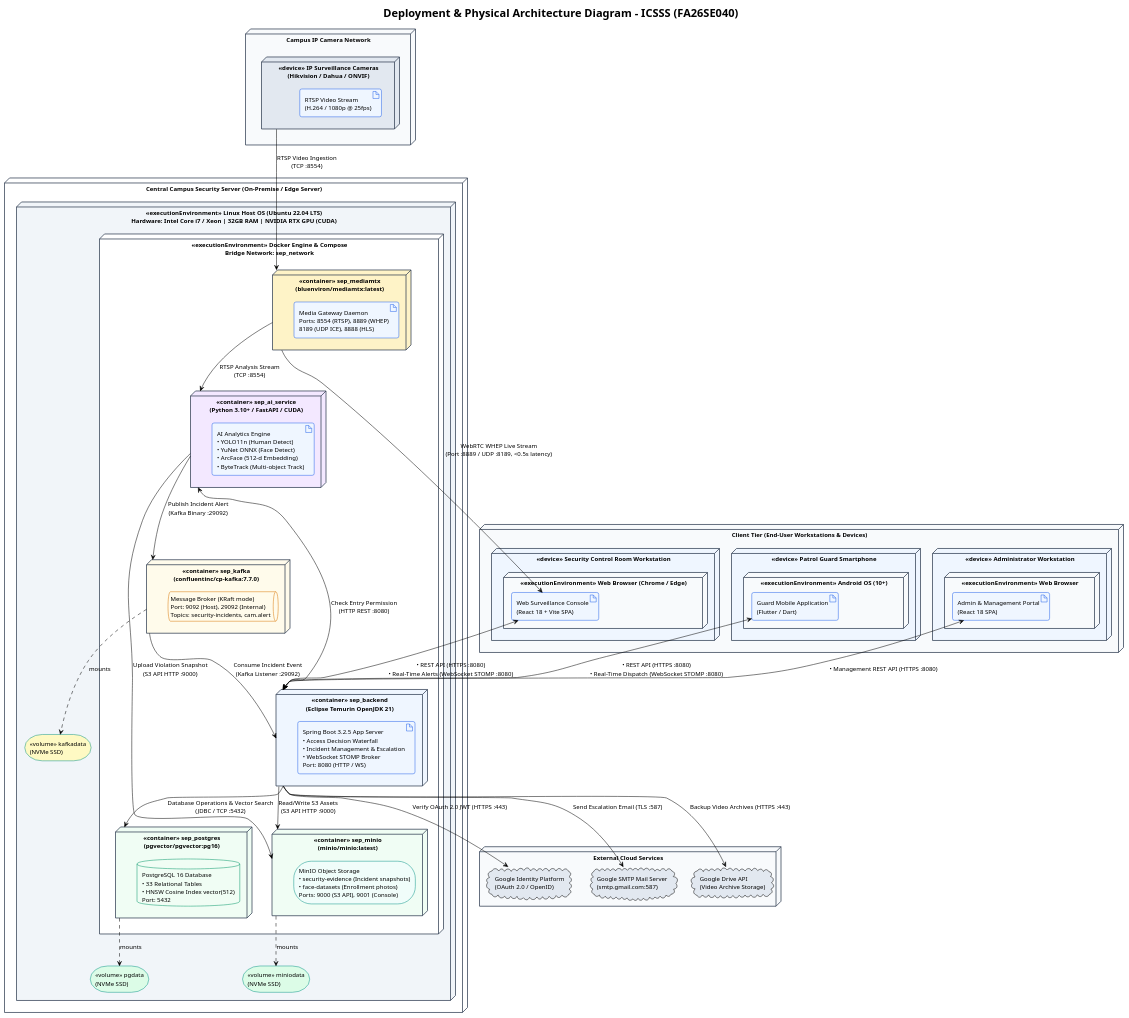
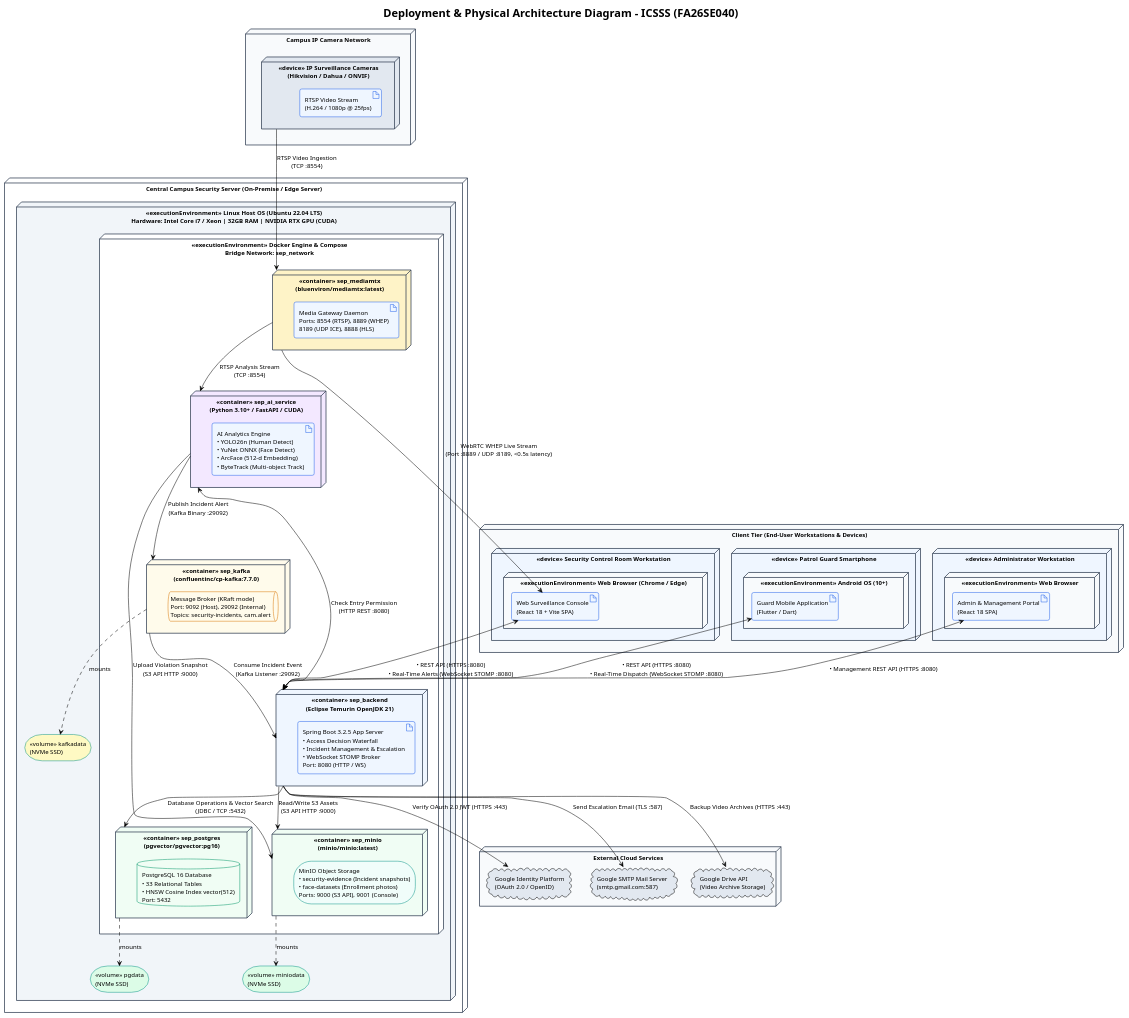
The diagram in docs/diagrams/physical-architecture.puml (AnhHao2505/AI-Based-Intelligent-Campus-Security-Surveillance-System), drawn with PlantUML before and after one commit. The commit also changed 10 other files, not shown here.

Commit message:
docs(architecture): update physical architecture, activity diagrams and container configs

```diff
--- a/docs/diagrams/physical-architecture.puml
+++ b/docs/diagrams/physical-architecture.puml
@@ -1,131 +1,131 @@
 @startuml physical_architecture
 !theme plain
 skinparam backgroundColor #FFFFFF
 skinparam defaultFontName Arial
 skinparam defaultFontSize 12
 skinparam roundCorner 8
 skinparam shadowing false
 skinparam packageStyle rectangle
 
 skinparam node {
     BorderColor #334155
     BackgroundColor #F8FAFC
     BorderThickness 1.5
 }
 
 skinparam artifact {
     BorderColor #2563EB
     BackgroundColor #EFF6FF
 }
 
 skinparam queue {
     BorderColor #D97706
     BackgroundColor #FFFBEB
 }
 
 skinparam database {
     BorderColor #059669
     BackgroundColor #F0FDF4
 }
 
 skinparam storage {
     BorderColor #0D9488
     BackgroundColor #F0FDFA
 }
 
 title Deployment & Physical Architecture Diagram - ICSSS (FA26SE040)
 
 node "Campus IP Camera Network" as CamNet #F8FAFC {
     node "<<device>> IP Surveillance Cameras\n(Hikvision / Dahua / ONVIF)" as IP_Cam #E2E8F0 {
         artifact "RTSP Video Stream\n(H.264 / 1080p @ 25fps)" as StreamArtifact
     }
 }
 
 node "Client Tier (End-User Workstations & Devices)" as ClientTier #F8FAFC {
     node "<<device>> Security Control Room Workstation" as GuardPC #EFF6FF {
         node "<<executionEnvironment>> Web Browser (Chrome / Edge)" as Browser {
             artifact "Web Surveillance Console\n(React 18 + Vite SPA)" as WebApp
         }
     }
     
     node "<<device>> Patrol Guard Smartphone" as MobileDev #EFF6FF {
         node "<<executionEnvironment>> Android OS (10+)" as AndroidEnv {
             artifact "Guard Mobile Application\n(Flutter / Dart)" as MobileApp
         }
     }
     
     node "<<device>> Administrator Workstation" as AdminPC #EFF6FF {
         node "<<executionEnvironment>> Web Browser" as AdminBrowser {
             artifact "Admin & Management Portal\n(React 18 SPA)" as AdminApp
         }
     }
 }
 
 node "Central Campus Security Server (On-Premise / Edge Server)" as ServerNode #FFFFFF {
     node "<<executionEnvironment>> Linux Host OS (Ubuntu 22.04 LTS)\nHardware: Intel Core i7 / Xeon | 32GB RAM | NVIDIA RTX GPU (CUDA)" as HostOS #F1F5F9 {
         
         node "<<executionEnvironment>> Docker Engine & Compose\nBridge Network: sep_network" as DockerHost #FFFFFF {
             
             node "<<container>> sep_mediamtx\n(bluenviron/mediamtx:latest)" as c_mediamtx #FEF3C7 {
                 artifact "Media Gateway Daemon\nPorts: 8554 (RTSP), 8889 (WHEP)\n8189 (UDP ICE), 8888 (HLS)" as a_mediamtx
             }
             
             node "<<container>> sep_ai_service\n(Python 3.10+ / FastAPI / CUDA)" as c_ai #F3E8FF {
-                artifact "AI Analytics Engine\n• YOLO11n (Human Detect)\n• YuNet ONNX (Face Detect)\n• ArcFace (512-d Embedding)\n• ByteTrack (Multi-object Track)" as a_ai
+                artifact "AI Analytics Engine\n• YOLO26n (Human Detect)\n• YuNet ONNX (Face Detect)\n• ArcFace (512-d Embedding)\n• ByteTrack (Multi-object Track)" as a_ai
             }
             
             node "<<container>> sep_kafka\n(confluentinc/cp-kafka:7.7.0)" as c_kafka #FFFBEB {
                 queue "Message Broker (KRaft mode)\nPort: 9092 (Host), 29092 (Internal)\nTopics: security-incidents, cam.alert" as a_kafka
             }
             
             node "<<container>> sep_backend\n(Eclipse Temurin OpenJDK 21)" as c_backend #EFF6FF {
                 artifact "Spring Boot 3.2.5 App Server\n• Access Decision Waterfall\n• Incident Management & Escalation\n• WebSocket STOMP Broker\nPort: 8080 (HTTP / WS)" as a_backend
             }
             
             node "<<container>> sep_postgres\n(pgvector/pgvector:pg16)" as c_db #F0FDF4 {
                 database "PostgreSQL 16 Database\n• 33 Relational Tables\n• HNSW Cosine Index vector(512)\nPort: 5432" as a_db
             }
             
             node "<<container>> sep_minio\n(minio/minio:latest)" as c_minio #F0FDF4 {
                 storage "MinIO Object Storage\n• security-evidence (Incident snapshots)\n• face-datasets (Enrollment photos)\nPorts: 9000 (S3 API), 9001 (Console)" as a_minio
             }
         }
         
         storage "<<volume>> pgdata\n(NVMe SSD)" as vol_db #DCFCE7
         storage "<<volume>> miniodata\n(NVMe SSD)" as vol_minio #DCFCE7
         storage "<<volume>> kafkadata\n(NVMe SSD)" as vol_kafka #FEF9C3
         
         c_db ..> vol_db : mounts
         c_minio ..> vol_minio : mounts
         c_kafka ..> vol_kafka : mounts
     }
 }
 
 node "External Cloud Services" as CloudServices #F8FAFC {
     cloud "Google Identity Platform\n(OAuth 2.0 / OpenID)" as cloud_google #E2E8F0
     cloud "Google SMTP Mail Server\n(smtp.gmail.com:587)" as cloud_smtp #E2E8F0
     cloud "Google Drive API\n(Video Archive Storage)" as cloud_gdrive #E2E8F0
 }
 
 ' Connections
 IP_Cam --> c_mediamtx : "RTSP Video Ingestion\n(TCP :8554)"
 c_mediamtx --> c_ai : "RTSP Analysis Stream\n(TCP :8554)"
 c_mediamtx --> WebApp : "WebRTC WHEP Live Stream\n(Port :8889 / UDP :8189, <0.5s latency)"
 
 c_ai --> c_minio : "Upload Violation Snapshot\n(S3 API HTTP :9000)"
 c_ai --> c_kafka : "Publish Incident Alert\n(Kafka Binary :29092)"
 c_ai <--> c_backend : "Check Entry Permission\n(HTTP REST :8080)"
 
 c_kafka --> c_backend : "Consume Incident Event\n(Kafka Listener :29092)"
 c_backend --> c_db : "Database Operations & Vector Search\n(JDBC / TCP :5432)"
 c_backend --> c_minio : "Read/Write S3 Assets\n(S3 API HTTP :9000)"
 
 WebApp <--> c_backend : "• REST API (HTTPS :8080)\n• Real-Time Alerts (WebSocket STOMP :8080)"
 MobileApp <--> c_backend : "• REST API (HTTPS :8080)\n• Real-Time Dispatch (WebSocket STOMP :8080)"
 AdminApp <--> c_backend : "• Management REST API (HTTPS :8080)"
 
 c_backend --> cloud_google : "Verify OAuth 2.0 JWT (HTTPS :443)"
 c_backend --> cloud_smtp : "Send Escalation Email (TLS :587)"
 c_backend --> cloud_gdrive : "Backup Video Archives (HTTPS :443)"
 
 @enduml
```
